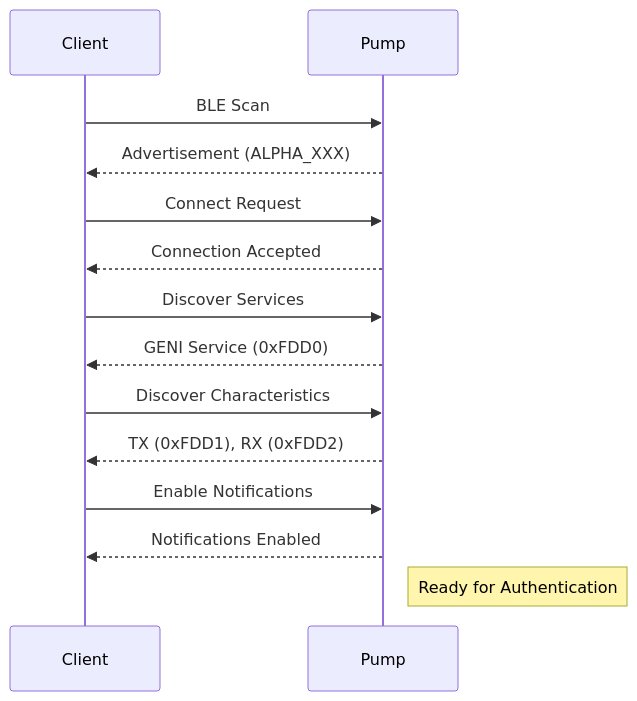
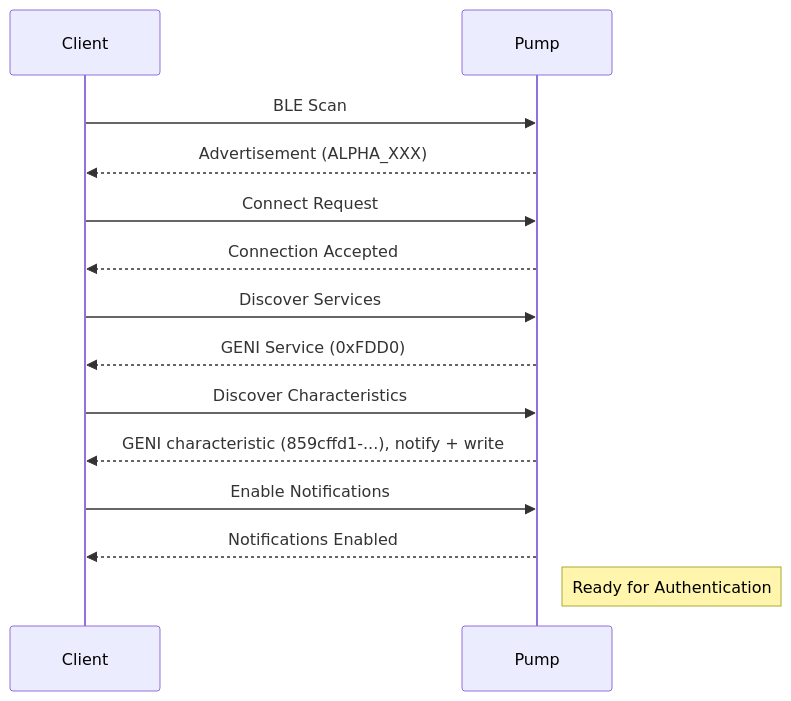
One commit to eman/alpha-hwr changed the diagram in docs/protocol/packet_traces/01_connection.md. Above: the diagram before and after it, drawn with Mermaid. The commit also changed other lines of this file and 14 other files, not shown here.

````diff
--- a/docs/protocol/packet_traces/01_connection.md
+++ b/docs/protocol/packet_traces/01_connection.md
@@ -15,22 +15,22 @@
 ```mermaid
 sequenceDiagram
     participant Client
     participant Pump
 
     Client->>Pump: BLE Scan
     Pump-->>Client: Advertisement (ALPHA_XXX)
     
     Client->>Pump: Connect Request
     Pump-->>Client: Connection Accepted
     
     Client->>Pump: Discover Services
     Pump-->>Client: GENI Service (0xFDD0)
     
     Client->>Pump: Discover Characteristics
-    Pump-->>Client: TX (0xFDD1), RX (0xFDD2)
+    Pump-->>Client: GENI characteristic (859cffd1-...), notify + write
     
     Client->>Pump: Enable Notifications
     Pump-->>Client: Notifications Enabled
     
     Note right of Pump: Ready for Authentication
 ```
````
